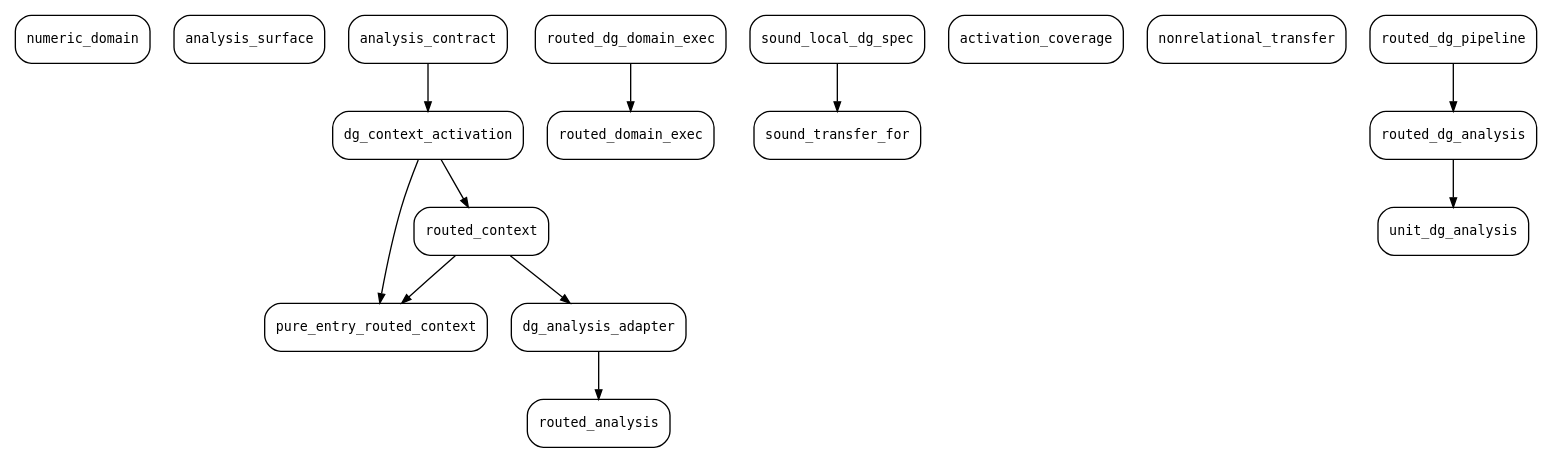
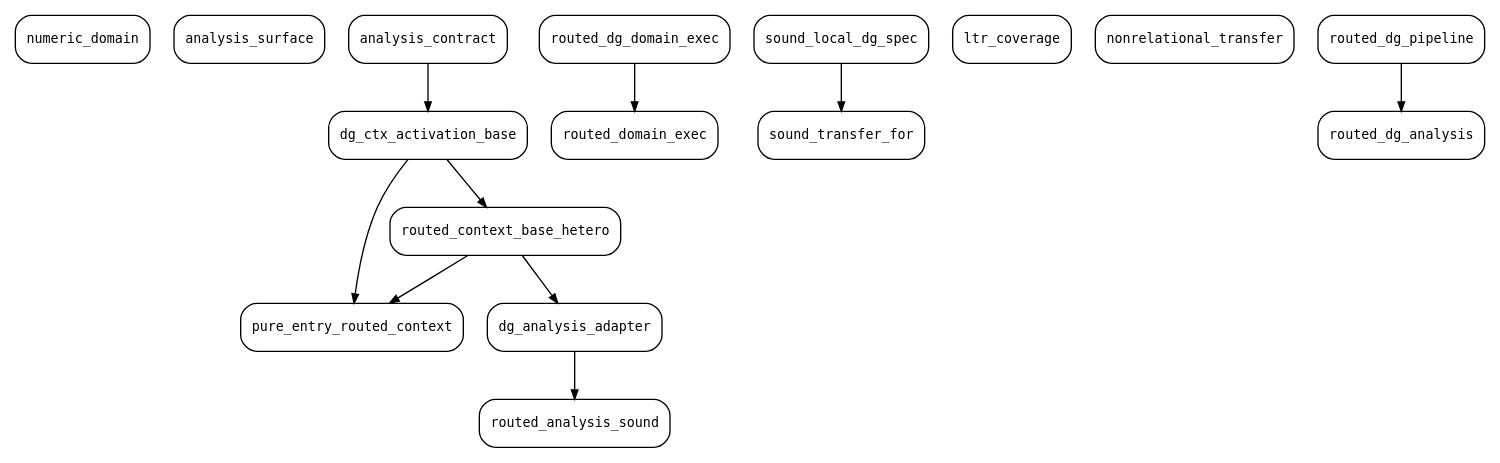
Before and after one commit to ManuelLerchner/Voblint-Verification-Master-Thesis: the diagram in thesis/shared/dot/locale_deps.dot, drawn with Graphviz. The commit also changed 1 other file, not shown here.

Commit message:
refactor(result): make the unit context a routing policy like the others
The per-domain unit registration interprets routed_dg_analysis_exec at the
unit route, exactly as the call-string and entry-state registrations do at
theirs, and unit_dg_analysis is gone. The published surface takes the context
as an argument (state_at, report, report_with_state), and the endpoints for any
route that is a function of the call site are stated once in Routed_Live_Keys
from termination alone, so no example needs a coverage fact any more.

```diff
--- a/thesis/shared/dot/locale_deps.dot
+++ b/thesis/shared/dot/locale_deps.dot
@@ -1,31 +1,29 @@
 digraph locales {
   rankdir=TB;
   edge [arrowsize=0.7];
   "numeric_domain" [shape=box, style=rounded, fontname="DejaVu Sans Mono", fontsize=10];
   "analysis_surface" [shape=box, style=rounded, fontname="DejaVu Sans Mono", fontsize=10];
   "dg_analysis_adapter" [shape=box, style=rounded, fontname="DejaVu Sans Mono", fontsize=10];
-  "dg_context_activation" [shape=box, style=rounded, fontname="DejaVu Sans Mono", fontsize=10];
+  "dg_ctx_activation_base" [shape=box, style=rounded, fontname="DejaVu Sans Mono", fontsize=10];
   "routed_dg_domain_exec" [shape=box, style=rounded, fontname="DejaVu Sans Mono", fontsize=10];
   "sound_transfer_for" [shape=box, style=rounded, fontname="DejaVu Sans Mono", fontsize=10];
   "analysis_contract" [shape=box, style=rounded, fontname="DejaVu Sans Mono", fontsize=10];
   "sound_local_dg_spec" [shape=box, style=rounded, fontname="DejaVu Sans Mono", fontsize=10];
   "pure_entry_routed_context" [shape=box, style=rounded, fontname="DejaVu Sans Mono", fontsize=10];
-  "activation_coverage" [shape=box, style=rounded, fontname="DejaVu Sans Mono", fontsize=10];
+  "ltr_coverage" [shape=box, style=rounded, fontname="DejaVu Sans Mono", fontsize=10];
   "nonrelational_transfer" [shape=box, style=rounded, fontname="DejaVu Sans Mono", fontsize=10];
-  "routed_analysis" [shape=box, style=rounded, fontname="DejaVu Sans Mono", fontsize=10];
-  "routed_context" [shape=box, style=rounded, fontname="DejaVu Sans Mono", fontsize=10];
+  "routed_analysis_sound" [shape=box, style=rounded, fontname="DejaVu Sans Mono", fontsize=10];
+  "routed_context_base_hetero" [shape=box, style=rounded, fontname="DejaVu Sans Mono", fontsize=10];
   "routed_dg_analysis" [shape=box, style=rounded, fontname="DejaVu Sans Mono", fontsize=10];
   "routed_dg_pipeline" [shape=box, style=rounded, fontname="DejaVu Sans Mono", fontsize=10];
   "routed_domain_exec" [shape=box, style=rounded, fontname="DejaVu Sans Mono", fontsize=10];
-  "unit_dg_analysis" [shape=box, style=rounded, fontname="DejaVu Sans Mono", fontsize=10];
-  "routed_context" -> "dg_analysis_adapter";
-  "analysis_contract" -> "dg_context_activation";
+  "routed_context_base_hetero" -> "dg_analysis_adapter";
+  "analysis_contract" -> "dg_ctx_activation_base";
   "sound_local_dg_spec" -> "sound_transfer_for";
-  "routed_context" -> "pure_entry_routed_context";
-  "dg_context_activation" -> "pure_entry_routed_context";
-  "dg_analysis_adapter" -> "routed_analysis";
-  "dg_context_activation" -> "routed_context";
+  "routed_context_base_hetero" -> "pure_entry_routed_context";
+  "dg_ctx_activation_base" -> "pure_entry_routed_context";
+  "dg_analysis_adapter" -> "routed_analysis_sound";
+  "dg_ctx_activation_base" -> "routed_context_base_hetero";
   "routed_dg_pipeline" -> "routed_dg_analysis";
   "routed_dg_domain_exec" -> "routed_domain_exec";
-  "routed_dg_analysis" -> "unit_dg_analysis";
 }
```
